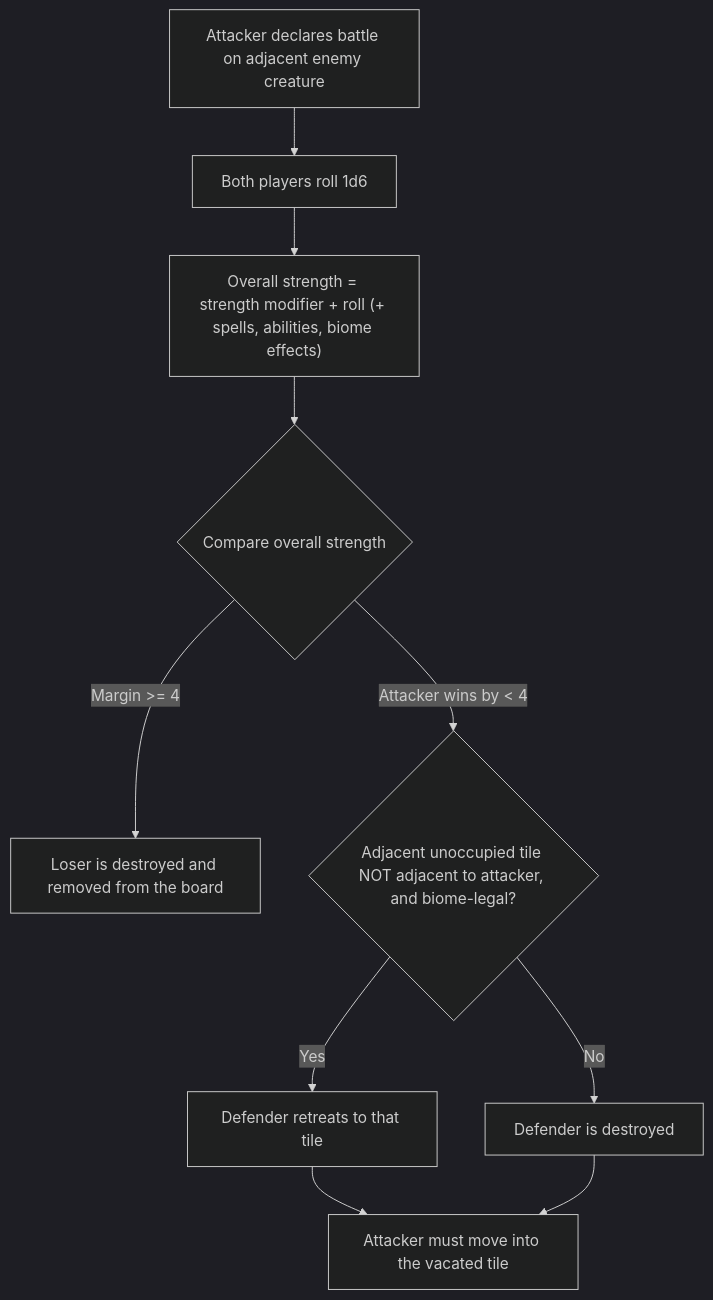
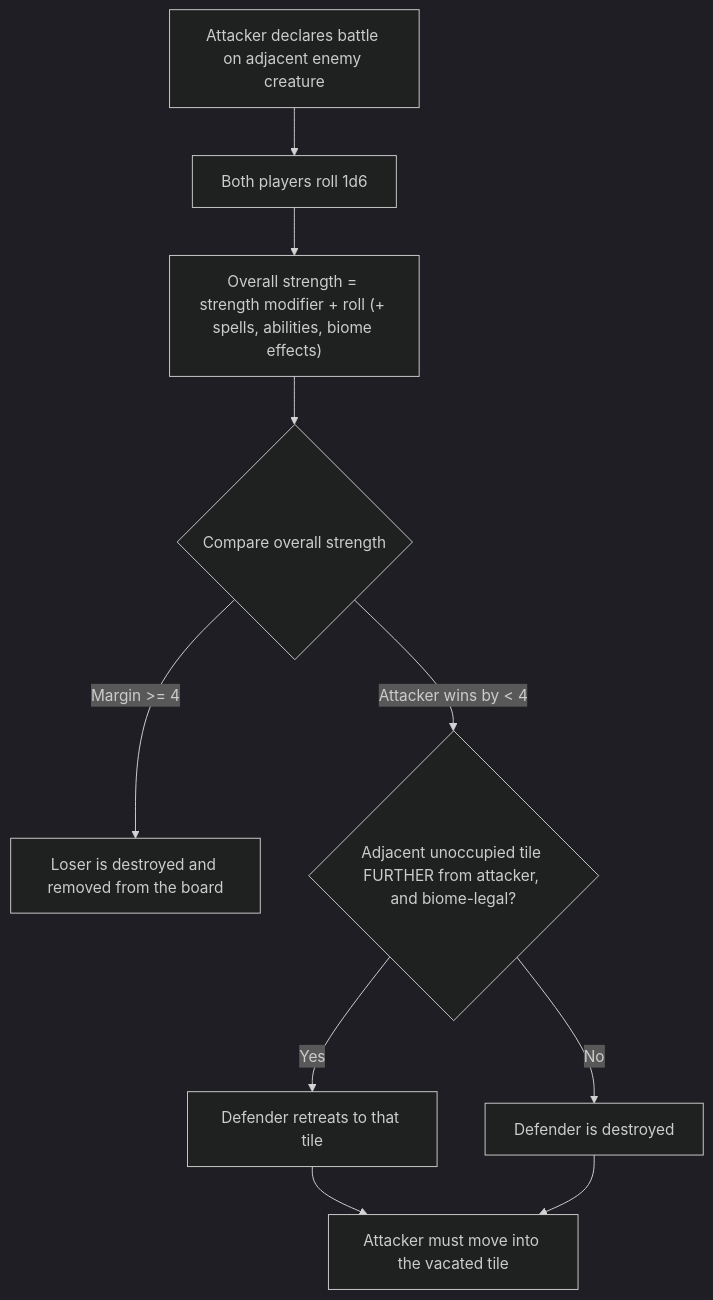
Before and after one commit to donkruger/Mystic: the second of 2 diagrams in MYSTIC_MECHANICS.md, drawn with Mermaid (dark theme). The commit also changed other lines of this file and 16 other files, not shown here.

````diff
--- a/MYSTIC_MECHANICS.md
+++ b/MYSTIC_MECHANICS.md
@@ -177,12 +177,12 @@
 ```mermaid
 flowchart TD
     start["Attacker declares battle on adjacent enemy creature"] --> rolls["Both players roll 1d6"]
     rolls --> strength["Overall strength = strength modifier + roll (+ spells, abilities, biome effects)"]
     strength --> compare{"Compare overall strength"}
     compare -->|"Margin >= 4"| destroyed["Loser is destroyed and removed from the board"]
-    compare -->|"Attacker wins by < 4"| retreat{"Adjacent unoccupied tile NOT adjacent to attacker, and biome-legal?"}
+    compare -->|"Attacker wins by < 4"| retreat{"Adjacent unoccupied tile FURTHER from attacker, and biome-legal?"}
     retreat -->|"Yes"| defenderMoves["Defender retreats to that tile"]
     retreat -->|"No"| defenderDestroyed["Defender is destroyed"]
     defenderMoves --> attackerAdvances["Attacker must move into the vacated tile"]
     defenderDestroyed --> attackerAdvances
 ```
````
